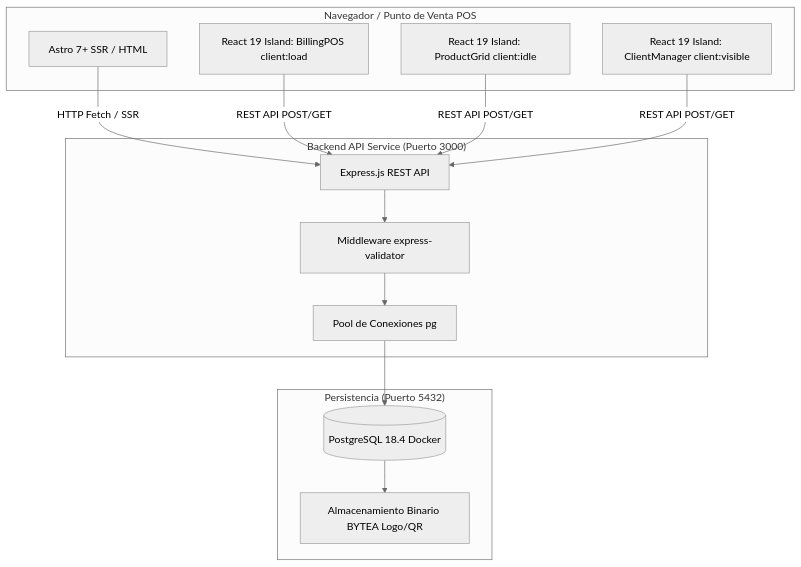
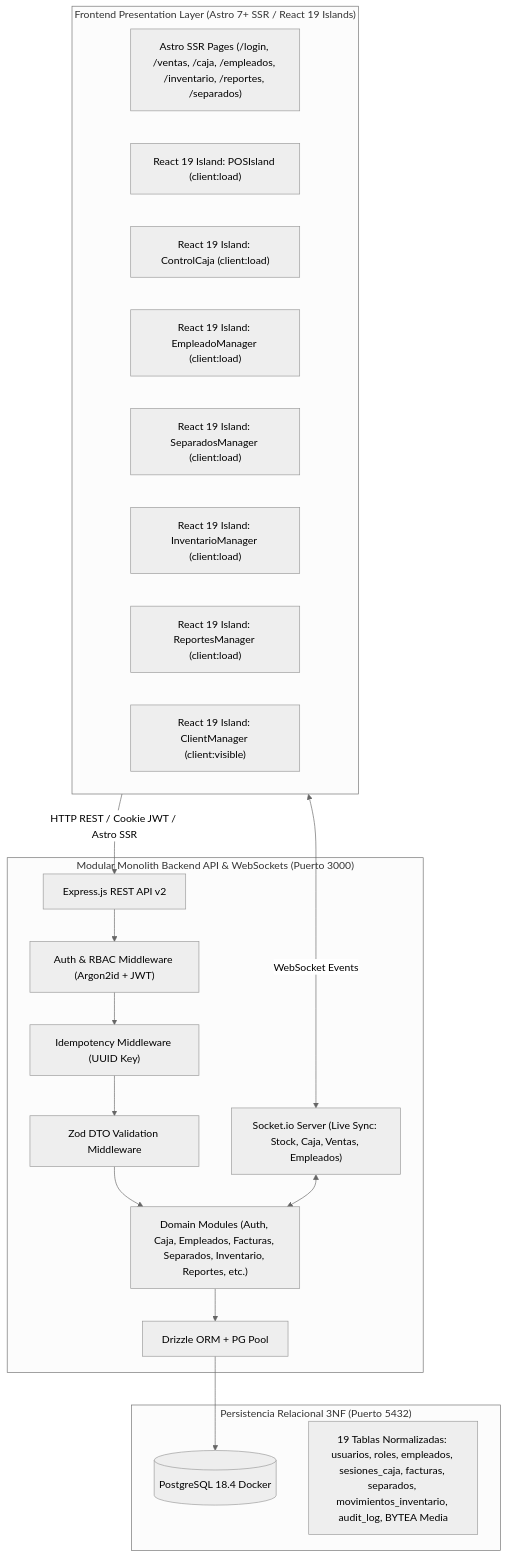
The diagram in README.md (TuMyXx93/TumiFact), drawn with Mermaid (neutral theme) before and after one commit. The commit also changed other lines of this file and 151 other files, not shown here.

Commit message:
feat(core): consolidate modular monolith DDD, 3NF schema, React 19 Islands and security engine

````diff
--- a/README.md
+++ b/README.md
@@ -21,28 +17,33 @@
 ```mermaid
 flowchart TD
-    subgraph Client ["Navegador / Punto de Venta POS"]
-        Astro[Astro 7+ SSR / HTML]
-        ReactPOS[React 19 Island: BillingPOS client:load]
-        ReactProd[React 19 Island: ProductGrid client:idle]
-        ReactClient[React 19 Island: ClientManager client:visible]
+    subgraph Client ["Frontend Presentation Layer (Astro 7+ SSR / React 19 Islands)"]
+        AstroPages["Astro SSR Pages (/login, /ventas, /caja, /empleados, /inventario, /reportes, /separados)"]
+        ReactPOS["React 19 Island: POSIsland (client:load)"]
+        ReactCaja["React 19 Island: ControlCaja (client:load)"]
+        ReactEmp["React 19 Island: EmpleadoManager (client:load)"]
+        ReactSep["React 19 Island: SeparadosManager (client:load)"]
+        ReactInv["React 19 Island: InventarioManager (client:load)"]
+        ReactRep["React 19 Island: ReportesManager (client:load)"]
+        ReactCli["React 19 Island: ClientManager (client:visible)"]
     end
 
-    subgraph Backend ["Backend API Service (Puerto 3000)"]
-        Express[Express.js REST API]
-        Validate[Middleware express-validator]
-        Pool[Pool de Conexiones pg]
+    subgraph Backend ["Modular Monolith Backend API & WebSockets (Puerto 3000)"]
+        Express["Express.js REST API v2"]
+        SocketIO["Socket.io Server (Live Sync: Stock, Caja, Ventas, Empleados)"]
+        AuthMiddleware["Auth & RBAC Middleware (Argon2id + JWT)"]
+        IdempotencyMW["Idempotency Middleware (UUID Key)"]
+        ZodValidation["Zod DTO Validation Middleware"]
+        Modules["Domain Modules (Auth, Caja, Empleados, Facturas, Separados, Inventario, Reportes, etc.)"]
+        Drizzle["Drizzle ORM + PG Pool"]
     end
 
-    subgraph Database ["Persistencia (Puerto 5432)"]
+    subgraph Database ["Persistencia Relacional 3NF (Puerto 5432)"]
         Postgres[(PostgreSQL 18.4 Docker)]
-        BYTEA[Almacenamiento Binario BYTEA Logo/QR]
+        Tables["19 Tablas Normalizadas: usuarios, roles, empleados, sesiones_caja, facturas, separados, movimientos_inventario, audit_log, BYTEA Media"]
     end
 
-    Astro -->|HTTP Fetch / SSR| Express
-    ReactPOS -->|REST API POST/GET| Express
-    ReactProd -->|REST API POST/GET| Express
-    ReactClient -->|REST API POST/GET| Express
-
-    Express --> Validate --> Pool --> Postgres
-    Postgres --> BYTEA
+    Client -->|HTTP REST / Cookie JWT / Astro SSR| Express
+    Client <-->|WebSocket Events| SocketIO
+    Express --> AuthMiddleware --> IdempotencyMW --> ZodValidation --> Modules --> Drizzle --> Postgres
+    SocketIO <--> Modules
 ```
````
